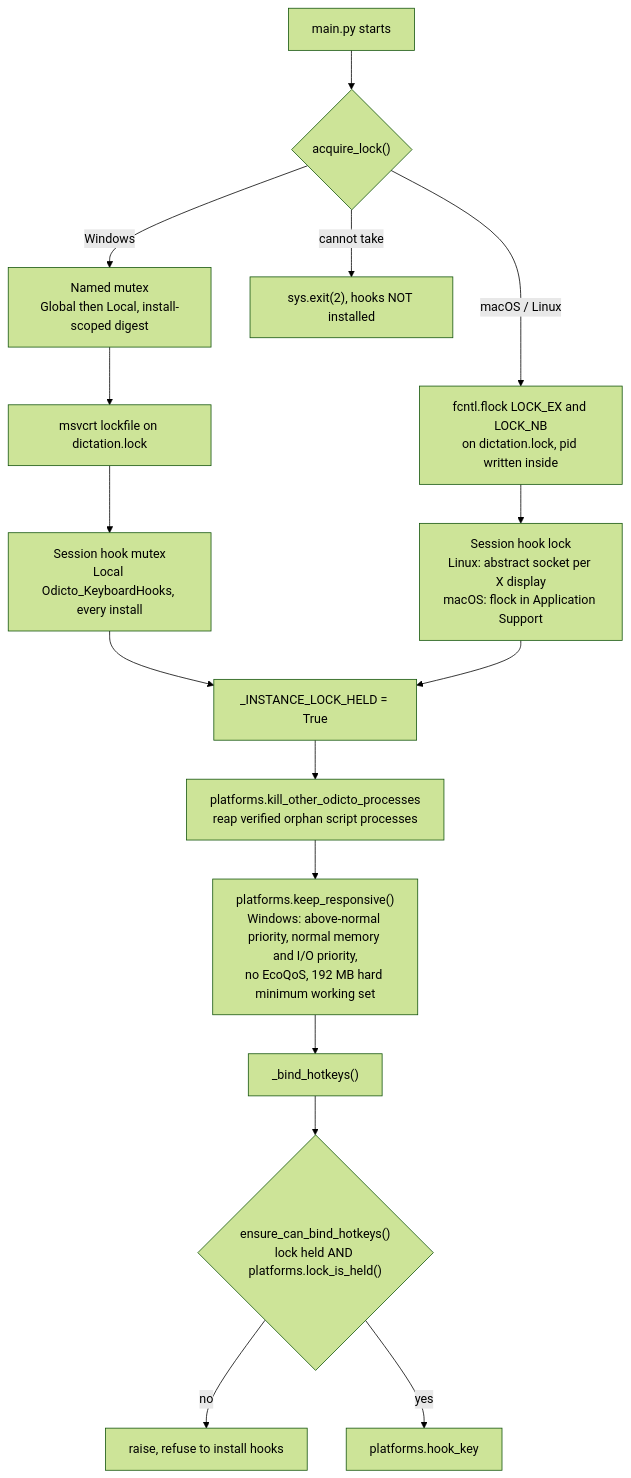
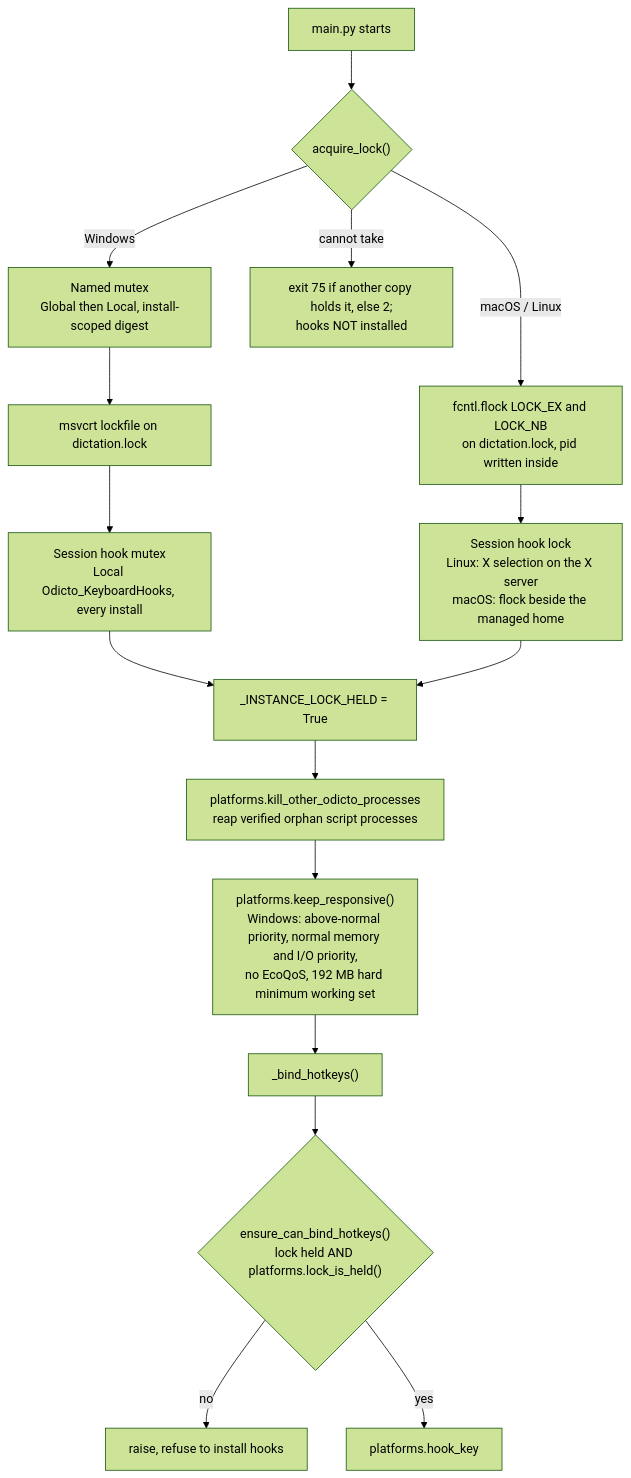
Before and after one commit to Gargeya-Grey/Odicto: the sixth of 7 diagrams in docs/architecture.md, drawn with Mermaid (forest theme). The commit also changed other lines of this file and 12 other files, not shown here.

First line of the commit message:
Hook lock: fix the second review's findings

````diff
--- a/docs/architecture.md
+++ b/docs/architecture.md
@@ -498,18 +498,18 @@
 ```mermaid
 graph TD
     Start["main.py starts"] --> Lock{"acquire_lock()"}
     Lock -->|Windows| Mutex["Named mutex<br/>Global then Local, install-scoped digest"]
     Mutex --> LockFile["msvcrt lockfile on dictation.lock"]
     LockFile --> HookMutex["Session hook mutex<br/>Local Odicto_KeyboardHooks, every install"]
     Lock -->|macOS / Linux| Flock["fcntl.flock LOCK_EX and LOCK_NB<br/>on dictation.lock, pid written inside"]
-    Flock --> HookFlock["Session hook lock<br/>Linux: abstract socket per X display<br/>macOS: flock in Application Support"]
+    Flock --> HookFlock["Session hook lock<br/>Linux: X selection on the X server<br/>macOS: flock beside the managed home"]
     HookMutex --> Held["_INSTANCE_LOCK_HELD = True"]
     HookFlock --> Held
-    Lock -->|cannot take| Exit["sys.exit(2), hooks NOT installed"]
+    Lock -->|cannot take| Exit["exit 75 if another copy holds it, else 2;<br/>hooks NOT installed"]
     Held --> Kill["platforms.kill_other_odicto_processes<br/>reap verified orphan script processes"]
     Kill --> Keep["platforms.keep_responsive()<br/>Windows: above-normal priority, normal memory and I/O priority,<br/>no EcoQoS, 192 MB hard minimum working set"]
     Keep --> Bind["_bind_hotkeys()"]
     Bind --> Gate{"ensure_can_bind_hotkeys()<br/>lock held AND platforms.lock_is_held()"}
     Gate -->|no| NoHooks["raise, refuse to install hooks"]
     Gate -->|yes| Hooks["platforms.hook_key"]
 ```
````
